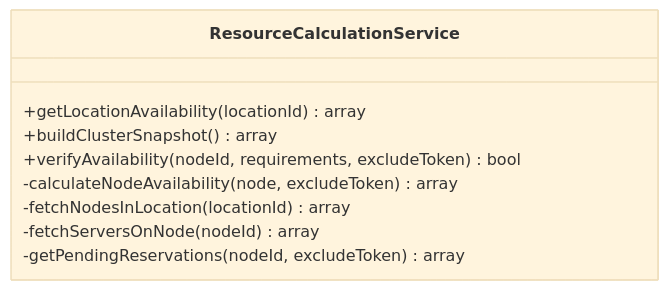
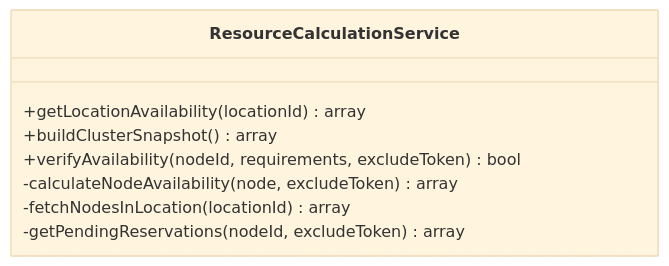
Before and after one commit to ObsidianNetwork/dynamic-pterodactyl: the fourth of 7 diagrams in .qoder/repowiki/en/content/Architecture Overview/Service Layer Design/Node Selection Service.md, drawn with Mermaid (base theme). The commit also changed other lines of this file and 23 other files, not shown here.

````diff
--- a/.qoder/repowiki/en/content/Architecture Overview/Service Layer Design/Node Selection Service.md
+++ b/.qoder/repowiki/en/content/Architecture Overview/Service Layer Design/Node Selection Service.md
@@ -179,12 +179,11 @@
 ```mermaid
 classDiagram
 class ResourceCalculationService {
 +getLocationAvailability(locationId) array
 +buildClusterSnapshot() array
 +verifyAvailability(nodeId, requirements, excludeToken) bool
 -calculateNodeAvailability(node, excludeToken) array
 -fetchNodesInLocation(locationId) array
--fetchServersOnNode(nodeId) array
 -getPendingReservations(nodeId, excludeToken) array
 }
 ```
````
